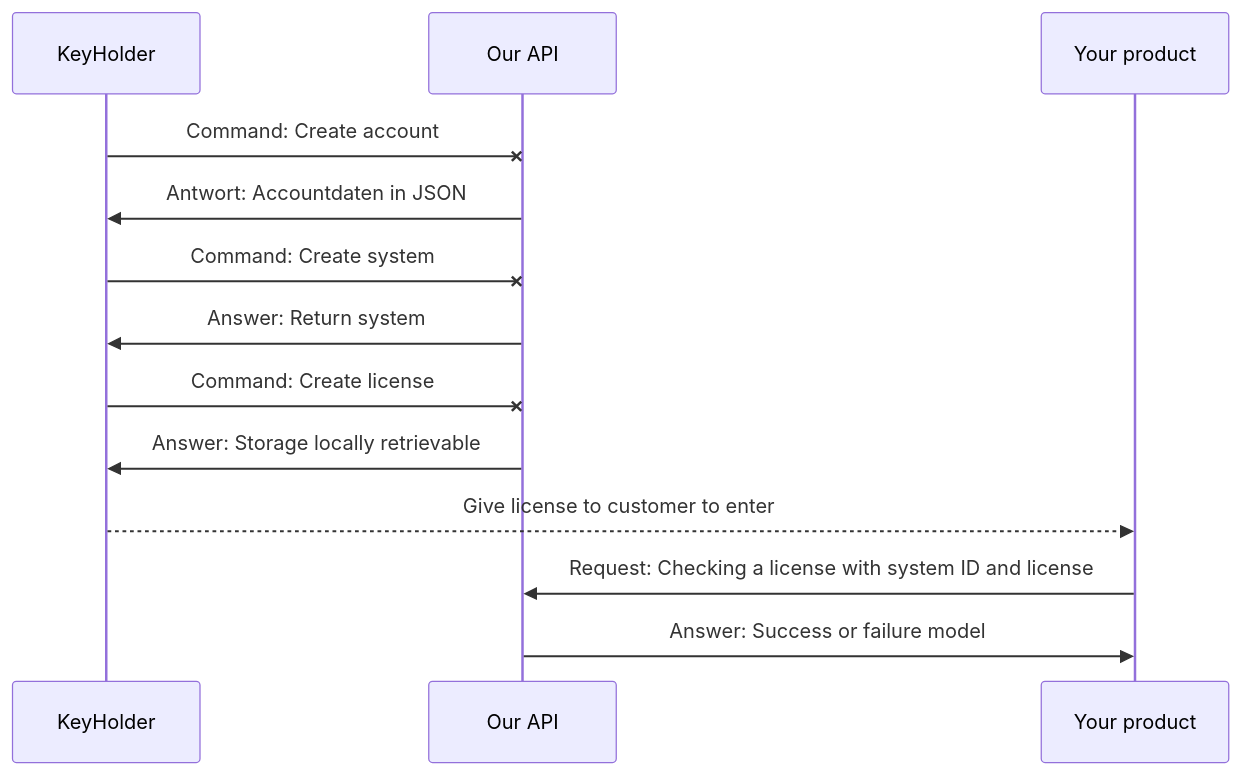
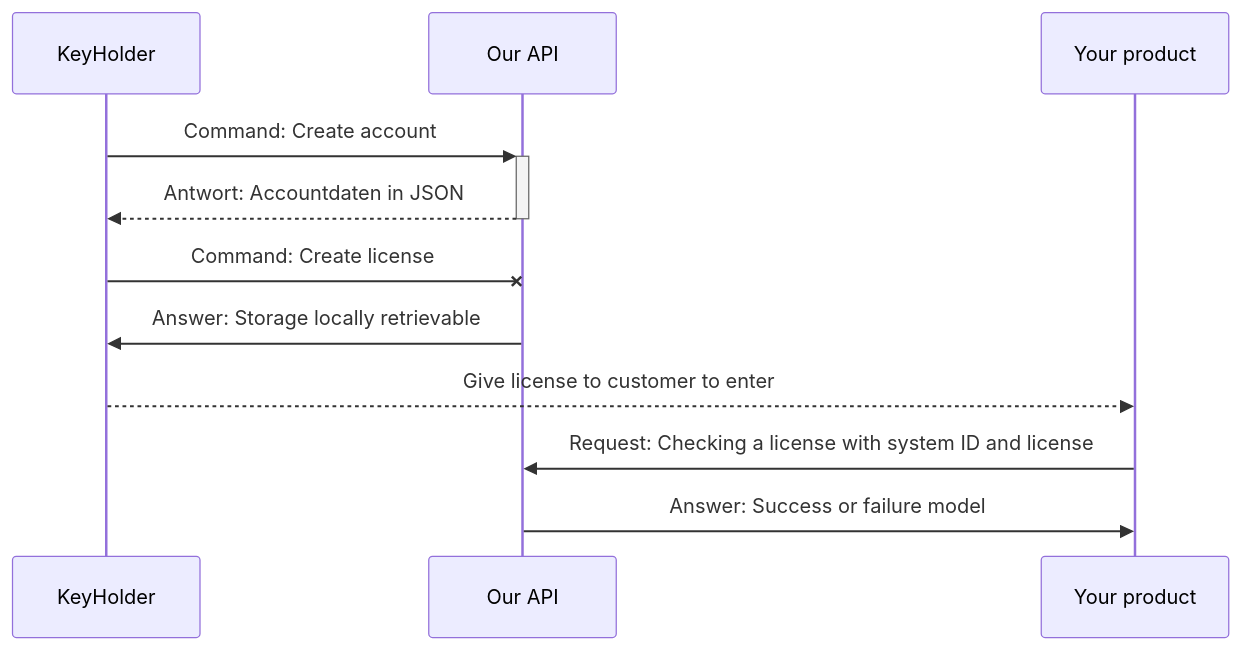
Before and after one commit to HenryMilesCoding/KeyHolderLicenceApiExamples: the diagram in README.md, drawn with Mermaid. The commit also changed 3 other files, not shown here.

````diff
--- a/README.md
+++ b/README.md
@@ -12,13 +12,12 @@
 ```mermaid
 sequenceDiagram
-KeyHolder -x Our API: Command: Create account
-Our API ->> KeyHolder: Antwort: Accountdaten in JSON
-KeyHolder -x Our API: Command: Create system
-Our API ->> KeyHolder: Answer: Return system
+KeyHolder ->>+Our API: Command: Create account
+Our API-->>-KeyHolder: Antwort: Accountdaten in JSON
+
 KeyHolder -x Our API: Command: Create license
 Our API ->> KeyHolder: Answer: Storage locally retrievable
 KeyHolder -->> Your product: Give license to customer to enter
 
 Your product ->> Our API: Request: Checking a license with system ID and license
 Our API ->> Your product: Answer: Success or failure model
 ```
````
